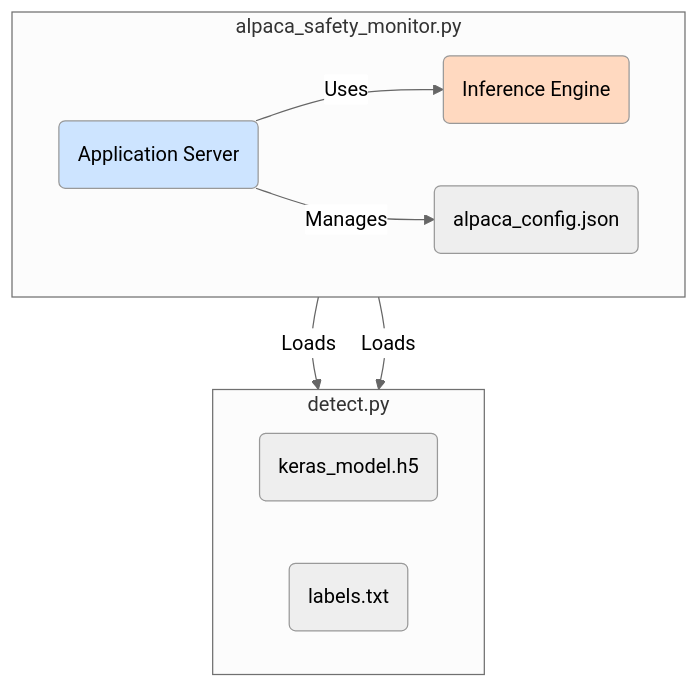
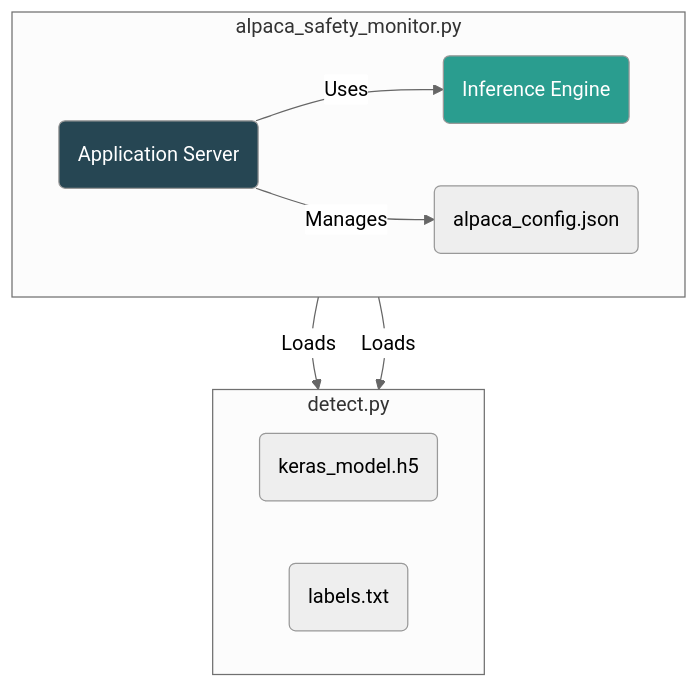
The second of 4 diagrams in architecture.md (chvvkumar/simpleCloudDetect), drawn with Mermaid (neutral theme) before and after one commit.

Commit message:
fix: update architecture diagrams for better visibility

````diff
--- a/architecture.md
+++ b/architecture.md
@@ -34,19 +34,19 @@
 ```mermaid
 graph TD
     subgraph "alpaca_safety_monitor.py"
         direction LR
         A(Application Server)
         A -- Uses --> B
         A -- Manages --> C(alpaca_config.json)
     end
 
     subgraph "detect.py"
         direction LR
         B(Inference Engine)
         B -- Loads --> D(keras_model.h5)
         B -- Loads --> E(labels.txt)
     end
 
-    style A fill:#cde4ff
-    style B fill:#ffd9c0
+    style A fill:#264653,color:#fff
+    style B fill:#2a9d8f,color:#fff
 ```
````
